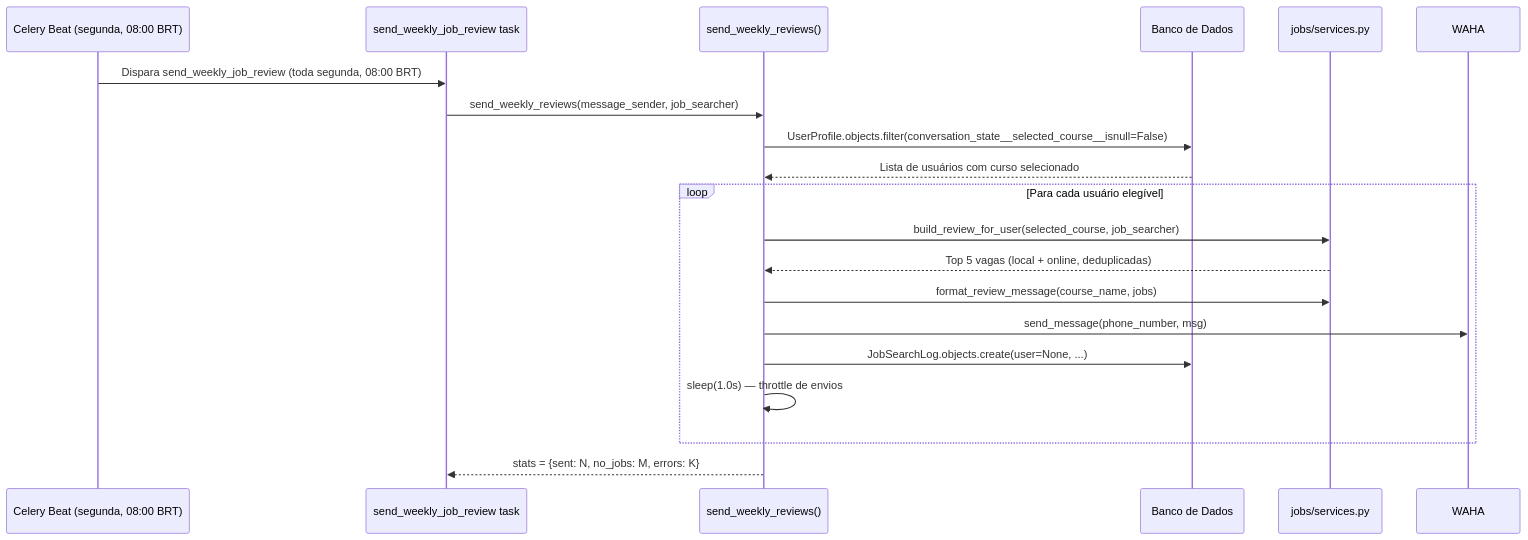
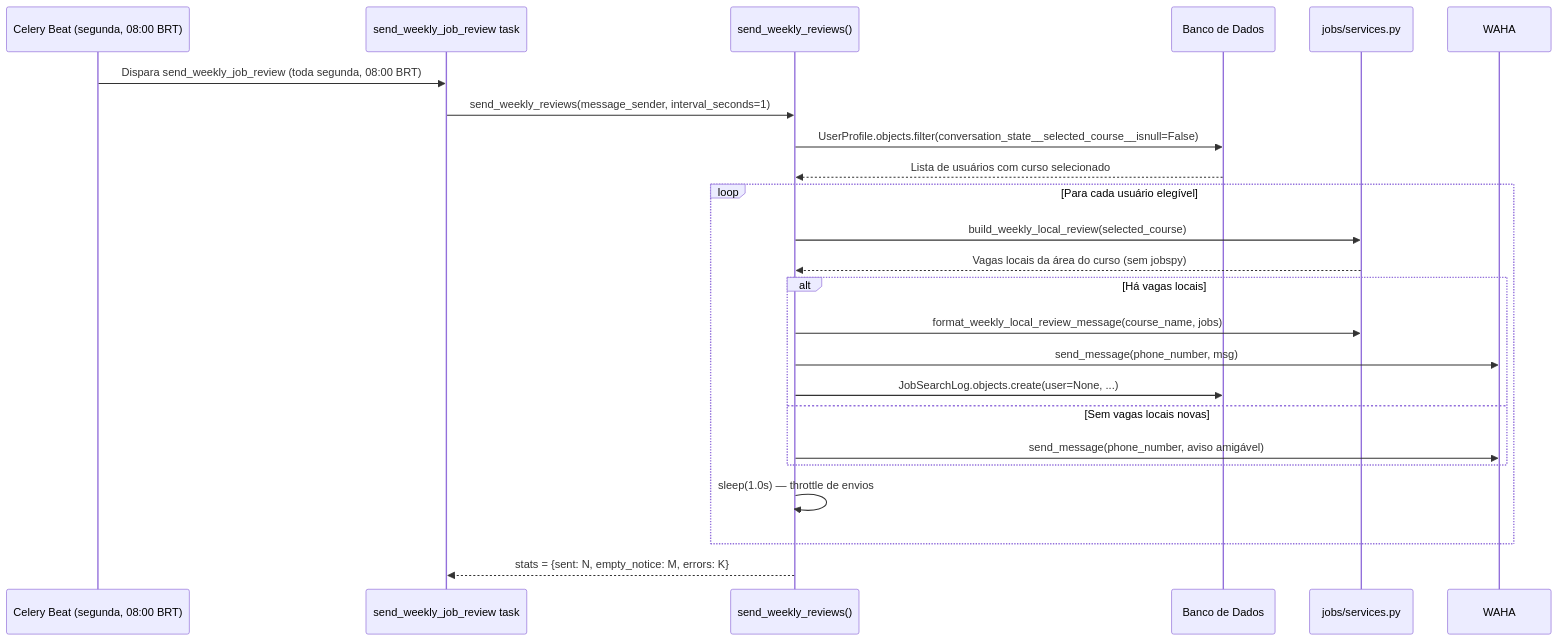
One commit to ErickBonruque/iterbot changed the fifth of 8 diagrams in docs/architecture/BOT-FLOWS.md. Above: the diagram before and after it, drawn with Mermaid. The commit also changed other lines of this file, not shown here.

Commit message:
docs(arch): atualiza fluxo do resumo semanal para local-only [skip ci]
O resumo semanal passou a usar apenas vagas locais da área do curso
(build_weekly_local_review, sem jobspy) e sempre envia algo — aviso amigável
quando não há vagas. Atualiza o diagrama e os passos em BOT-FLOWS.md, que
ainda descreviam o fluxo antigo (job_searcher / online+local / stat no_jobs).

[skip ci] — bot parado, deploy não deve disparar neste push.

````diff
--- a/docs/architecture/BOT-FLOWS.md
+++ b/docs/architecture/BOT-FLOWS.md
@@ -233,25 +233,29 @@
 ```mermaid
 sequenceDiagram
     participant CeleryBeat as Celery Beat (segunda, 08:00 BRT)
     participant Task as send_weekly_job_review task
     participant Service as send_weekly_reviews()
     participant DB as Banco de Dados
     participant JobsService as jobs/services.py
     participant WAHA
 
     CeleryBeat->>Task: Dispara send_weekly_job_review (toda segunda, 08:00 BRT)
-    Task->>Service: send_weekly_reviews(message_sender, job_searcher)
+    Task->>Service: send_weekly_reviews(message_sender, interval_seconds=1)
     Service->>DB: UserProfile.objects.filter(conversation_state__selected_course__isnull=False)
     DB-->>Service: Lista de usuários com curso selecionado
 
     loop Para cada usuário elegível
-        Service->>JobsService: build_review_for_user(selected_course, job_searcher)
-        JobsService-->>Service: Top 5 vagas (local + online, deduplicadas)
-        Service->>JobsService: format_review_message(course_name, jobs)
-        Service->>WAHA: send_message(phone_number, msg)
-        Service->>DB: JobSearchLog.objects.create(user=None, ...)
+        Service->>JobsService: build_weekly_local_review(selected_course)
+        JobsService-->>Service: Vagas locais da área do curso (sem jobspy)
+        alt Há vagas locais
+            Service->>JobsService: format_weekly_local_review_message(course_name, jobs)
+            Service->>WAHA: send_message(phone_number, msg)
+            Service->>DB: JobSearchLog.objects.create(user=None, ...)
+        else Sem vagas locais novas
+            Service->>WAHA: send_message(phone_number, aviso amigável)
+        end
         Service->>Service: sleep(1.0s) — throttle de envios
     end
 
-    Service-->>Task: stats = {sent: N, no_jobs: M, errors: K}
+    Service-->>Task: stats = {sent: N, empty_notice: M, errors: K}
 ```
````
